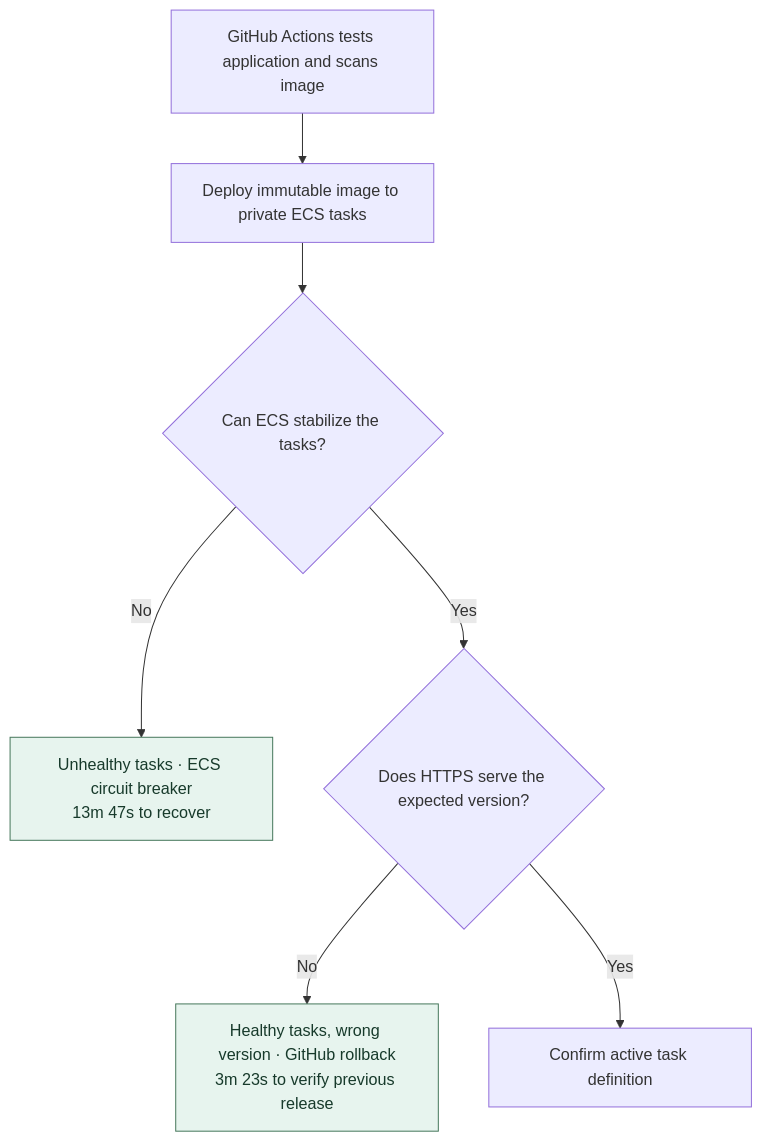
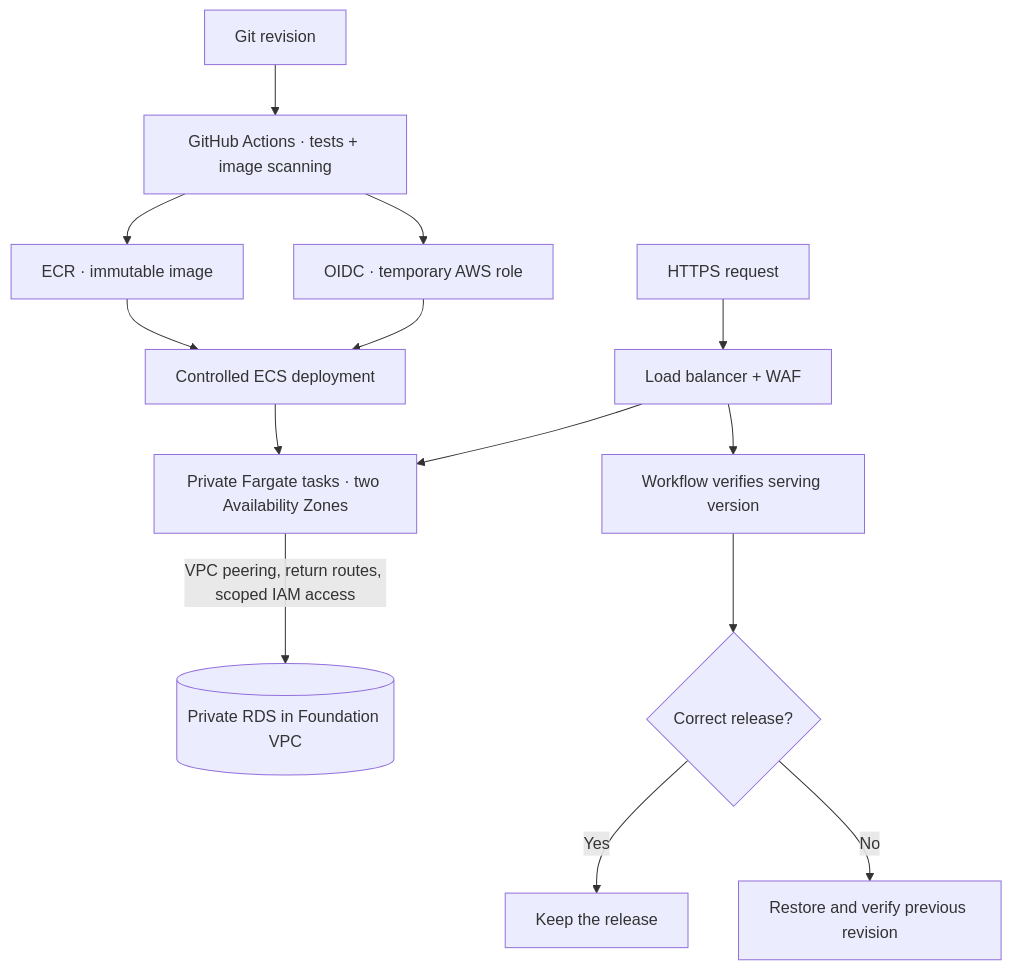
Before and after one commit to JNHolman/RSVP-Cloud-Platform: the diagram in project-2-ecs-cicd/README.md, drawn with Mermaid. The commit also changed other lines of this file and 5 other files, not shown here.

````diff
--- a/project-2-ecs-cicd/README.md
+++ b/project-2-ecs-cicd/README.md
@@ -20,11 +19,16 @@
-```mermaid
-flowchart TD
-  build["GitHub Actions tests application and scans image"] --> deploy["Deploy immutable image to private ECS tasks"]
-  deploy --> stable{"Can ECS stabilize the tasks?"}
-  stable -->|No| ecs["Unhealthy tasks · ECS circuit breaker<br/>13m 47s to recover"]
-  stable -->|Yes| probe{"Does HTTPS serve the expected version?"}
-  probe -->|No| restore["Healthy tasks, wrong version · GitHub rollback<br/>3m 23s to verify previous release"]
-  probe -->|Yes| active["Confirm active task definition"]
-  classDef recovery fill:#e7f4ee,color:#173a2b,stroke:#47785c
-  class ecs,restore recovery
-```
+~~~mermaid
+flowchart TB
+    code["Git revision"] --> build["GitHub Actions · tests + image scanning"]
+    build --> ecr["ECR · immutable image"]
+    build --> oidc["OIDC · temporary AWS role"]
+    ecr --> deploy["Controlled ECS deployment"]
+    oidc --> deploy
+    deploy --> tasks["Private Fargate tasks · two Availability Zones"]
+    guest["HTTPS request"] --> edge["Load balancer + WAF"]
+    edge --> tasks
+    tasks -->|"VPC peering, return routes, scoped IAM access"| db[("Private RDS in Foundation VPC")]
+    edge --> probe["Workflow verifies serving version"]
+    probe --> decision{"Correct release?"}
+    decision -->|"Yes"| accept["Keep the release"]
+    decision -->|"No"| rollback["Restore and verify previous revision"]
+~~~
````
